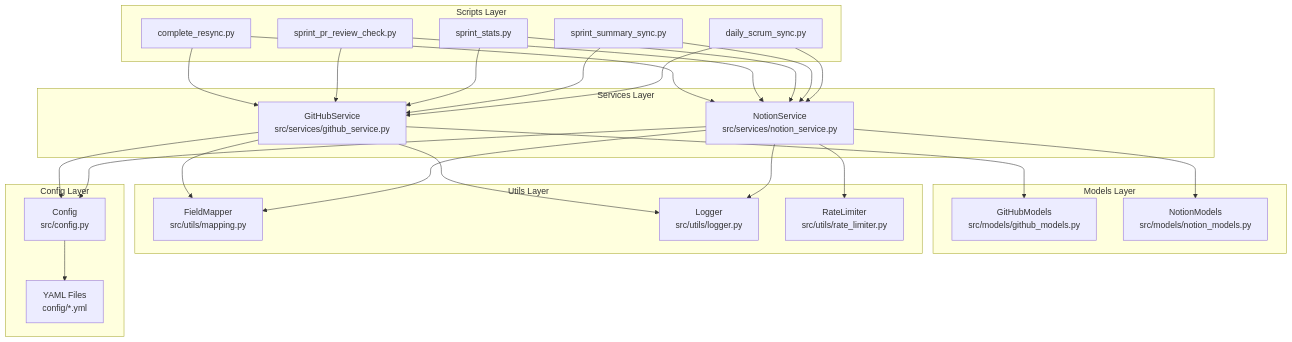
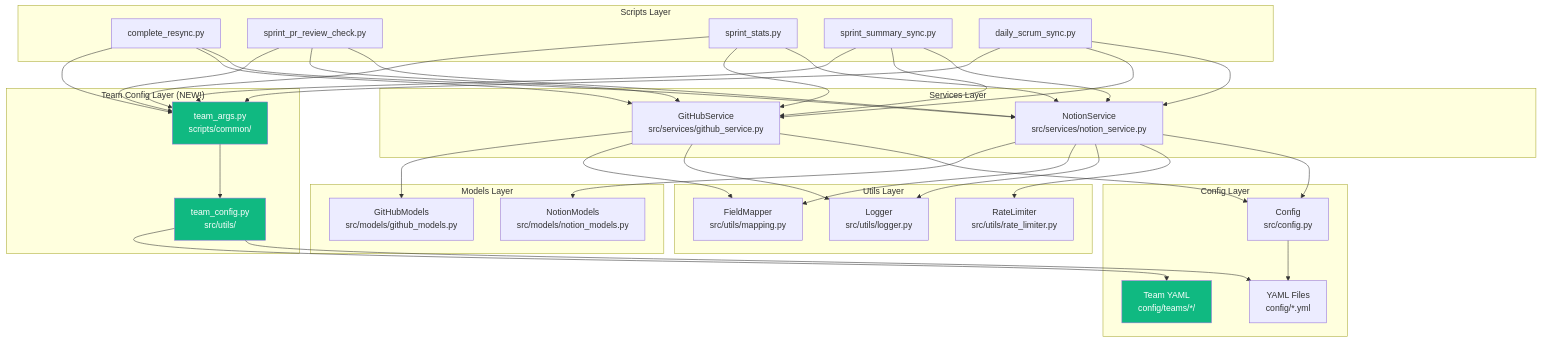
The ninth of 15 diagrams in docs/daily-sprint-sync/INFORMATION-ARCHITECTURE.md (sylvanus4/github-to-notion-sync), drawn with Mermaid before and after one commit. The commit also changed other lines of this file and 23 other files, not shown here.

````diff
--- a/docs/daily-sprint-sync/INFORMATION-ARCHITECTURE.md
+++ b/docs/daily-sprint-sync/INFORMATION-ARCHITECTURE.md
@@ -228,55 +339,75 @@
 ```mermaid
 graph TB
     subgraph "Scripts Layer"
         CR[complete_resync.py]
         PR[sprint_pr_review_check.py]
         SS[sprint_stats.py]
         SUM[sprint_summary_sync.py]
         DS[daily_scrum_sync.py]
+    end
+
+    subgraph "Team Config Layer (NEW!)"
+        TA[team_args.py<br/>scripts/common/]
+        TC[team_config.py<br/>src/utils/]
     end
 
     subgraph "Services Layer"
         GHS[GitHubService<br/>src/services/github_service.py]
         NS[NotionService<br/>src/services/notion_service.py]
     end
 
     subgraph "Models Layer"
         GM[GitHubModels<br/>src/models/github_models.py]
         NM[NotionModels<br/>src/models/notion_models.py]
     end
 
     subgraph "Utils Layer"
         FM[FieldMapper<br/>src/utils/mapping.py]
         LG[Logger<br/>src/utils/logger.py]
         RL[RateLimiter<br/>src/utils/rate_limiter.py]
     end
 
     subgraph "Config Layer"
         CFG[Config<br/>src/config.py]
         YML[YAML Files<br/>config/*.yml]
+        TYM[Team YAML<br/>config/teams/*/]
     end
+
+    CR --> TA
+    PR --> TA
+    SS --> TA
+    SUM --> TA
+    DS --> TA
+
+    TA --> TC
+    TC --> TYM
+    TC --> YML
 
     CR --> GHS
     CR --> NS
     PR --> GHS
     PR --> NS
     SS --> GHS
     SS --> NS
     SUM --> GHS
     SUM --> NS
     DS --> GHS
     DS --> NS
 
     GHS --> GM
     NS --> NM
     GHS --> FM
     NS --> FM
 
     GHS --> LG
     NS --> LG
     NS --> RL
 
     GHS --> CFG
     NS --> CFG
     CFG --> YML
+
+    style TA fill:#10b981,color:#fff
+    style TC fill:#10b981,color:#fff
+    style TYM fill:#10b981,color:#fff
 ```
````
